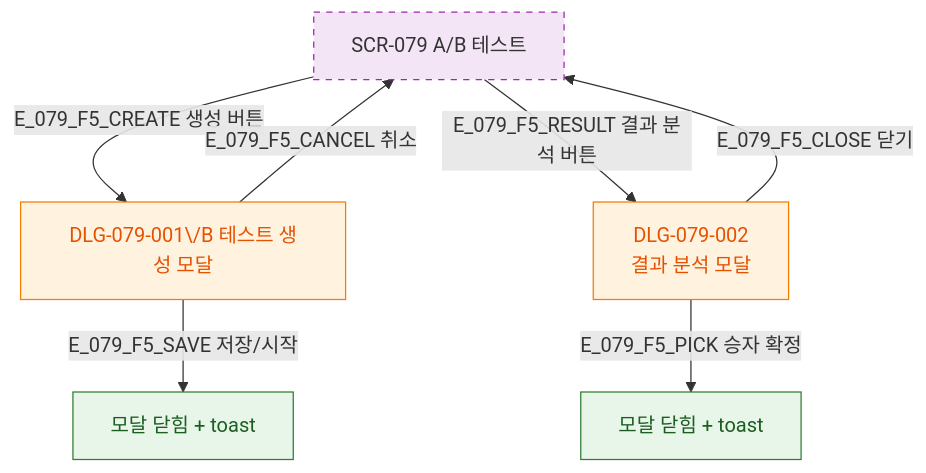
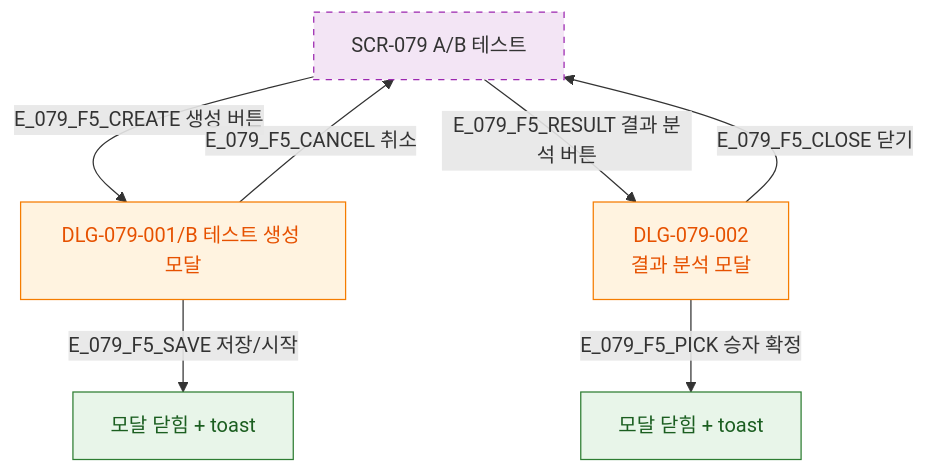
The diagram in docs/admin/다이어그램/D08_마케팅/SCR-079_AB테스트/F5_모달트리거.md (dev-spogym/admin-pando), drawn with Mermaid before and after one commit. The commit also changed 369 other files, not shown here.

````diff
--- a/docs/admin/다이어그램/D08_마케팅/SCR-079_AB테스트/F5_모달트리거.md
+++ b/docs/admin/다이어그램/D08_마케팅/SCR-079_AB테스트/F5_모달트리거.md
@@ -12,20 +12,20 @@
 ```mermaid
 flowchart TD
   SCR_079[SCR-079 A/B 테스트]
 
-  SCR_079 -->|E_079_F5_CREATE 생성 버튼|DLG_001[DLG-079-001\/B 테스트 생성 모달]
+  SCR_079 -->|E_079_F5_CREATE 생성 버튼|DLG_001[DLG-079-001/B 테스트 생성 모달]
   SCR_079 -->|E_079_F5_RESULT 결과 분석 버튼|DLG_002[DLG-079-002\n결과 분석 모달]
 
   DLG_001 -->|E_079_F5_SAVE 저장/시작|STARTED[모달 닫힘 + toast]
   DLG_001 -->|E_079_F5_CANCEL 취소|SCR_079
   DLG_002 -->|E_079_F5_PICK 승자 확정|PICKED[모달 닫힘 + toast]
   DLG_002 -->|E_079_F5_CLOSE 닫기|SCR_079
 
   classDef newFeature fill:#F3E5F5,stroke:#9C27B0,stroke-dasharray:5 5
   classDef modal fill:#FFF3E0,stroke:#F57C00,color:#E65100
   classDef success fill:#E8F5E9,stroke:#2E7D32,color:#1B5E20
 
   class SCR_079 newFeature
   class DLG_001,DLG_002 modal
   class STARTED,PICKED success
 ```
````
